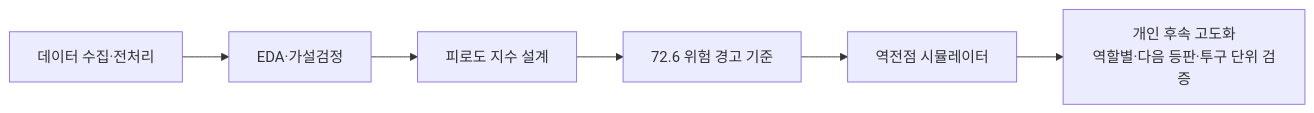
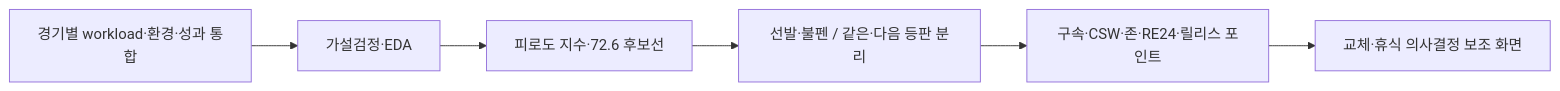
One commit to jinwon25/KBO-pitcher-fatigue changed the diagram in README.md. Above: the diagram before and after it, drawn with Mermaid. The commit also changed other lines of this file and 17 other files, not shown here.

````diff
--- a/README.md
+++ b/README.md
@@ -9,8 +33,8 @@
 ```mermaid
 flowchart LR
-    A[데이터 수집·전처리] --> B[EDA·가설검정]
-    B --> C[피로도 지수 설계]
-    C --> D[72.6 위험 경고 기준]
-    D --> E[역전점 시뮬레이터]
-    E --> F[개인 후속 고도화<br/>역할별·다음 등판·투구 단위 검증]
+    A[경기별 workload·환경·성과 통합] --> B[가설검정·EDA]
+    B --> C[피로도 지수·72.6 후보선]
+    C --> D[선발·불펜 / 같은·다음 등판 분리]
+    D --> E[구속·CSW·존·RE24·릴리스 포인트]
+    E --> F[교체·휴식 의사결정 보조 화면]
 ```
````
